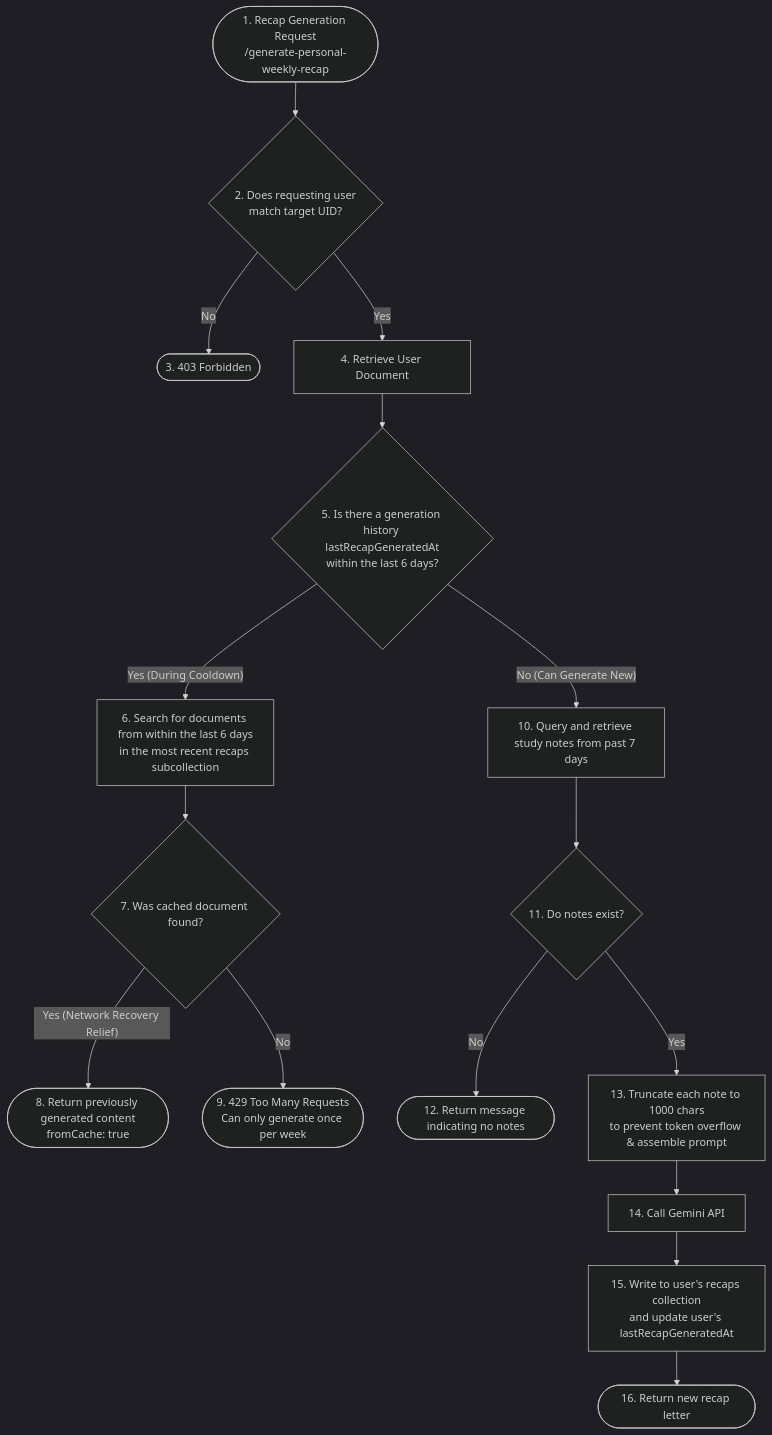
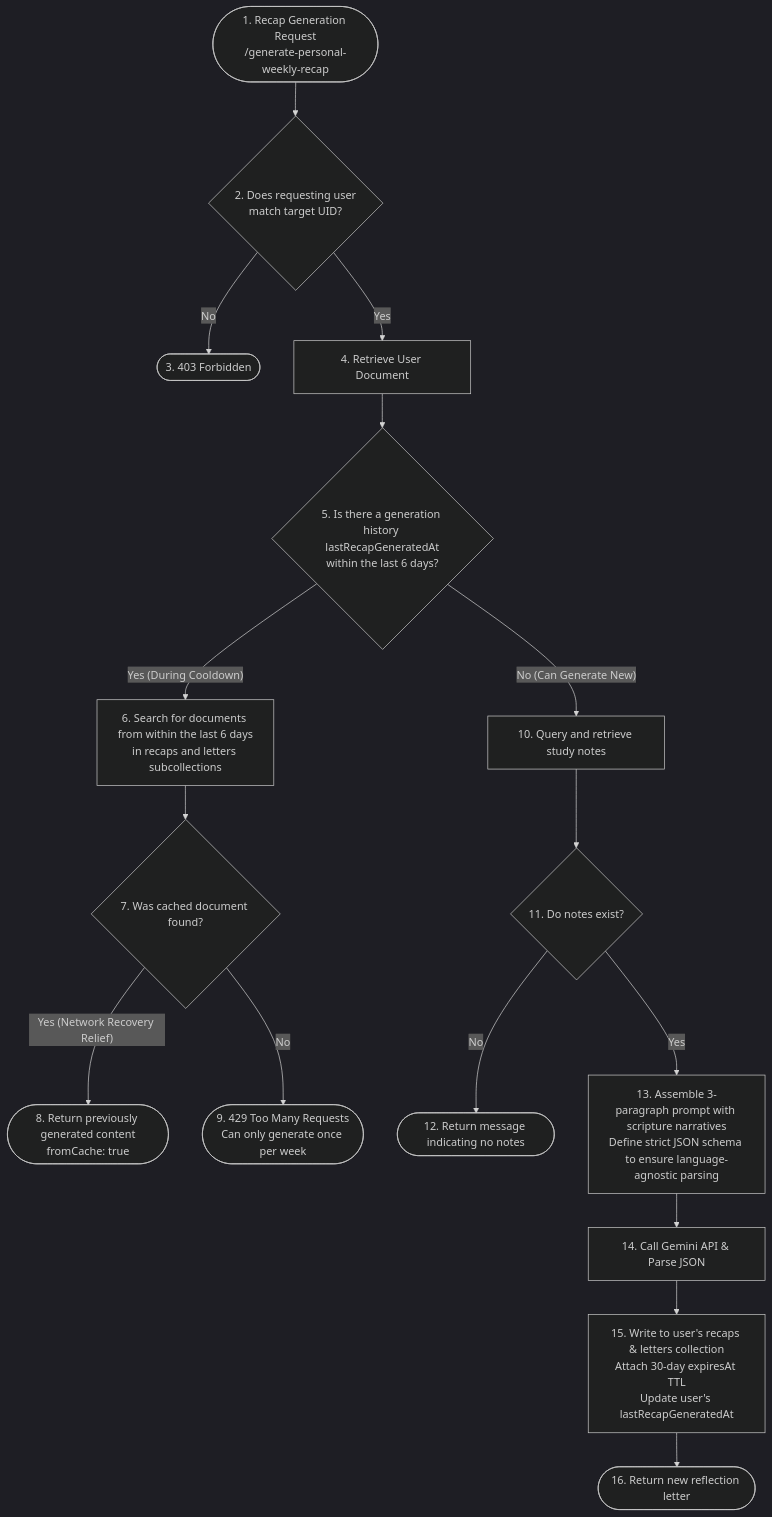
One commit to ScriptureHabit/scripture-habit changed the second of 2 diagrams in docs/details/ai-integration.md. Above: the diagram before and after it, drawn with Mermaid (dark theme). The commit also changed other lines of this file and 5 other files, not shown here.

Commit message:
docs: update README and architecture docs with reflection letters, storytelling, and TTL

````diff
--- a/docs/details/ai-integration.md
+++ b/docs/details/ai-integration.md
@@ -105,27 +105,27 @@
 ```mermaid
 flowchart TD
     Start(["1. Recap Generation Request<br/>/generate-personal-weekly-recap"]) --> CheckUser{"2. Does requesting user<br/>match target UID?"}
     CheckUser -- No --> Forbidden([3. 403 Forbidden])
     
     CheckUser -- Yes --> ReadUser[4. Retrieve User Document]
     ReadUser --> HasCooldown{"5. Is there a generation history lastRecapGeneratedAt<br/>within the last 6 days?"}
 
-    %% 6日間のクールダウン判定
-    HasCooldown -- "Yes (During Cooldown)" --> SearchSubCollection[6. Search for documents from within the last 6 days<br/>in the most recent recaps subcollection]
+    %% 6-day cooldown check
+    HasCooldown -- "Yes (During Cooldown)" --> SearchSubCollection[6. Search for documents from within the last 6 days<br/>in recaps and letters subcollections]
     SearchSubCollection --> FoundCache{"7. Was cached document found?"}
     
     FoundCache -- "Yes (Network Recovery Relief)" --> ReturnCache(["8. Return previously generated content<br/>fromCache: true"])
     FoundCache -- No --> Error429(["9. 429 Too Many Requests<br/>Can only generate once per week"])
 
-    %% 新規生成フェーズ
-    HasCooldown -- "No (Can Generate New)" --> QueryNotes[10. Query and retrieve study notes from past 7 days]
+    %% New generation phase
+    HasCooldown -- "No (Can Generate New)" --> QueryNotes[10. Query and retrieve study notes]
     QueryNotes --> HasNotes{"11. Do notes exist?"}
     
     HasNotes -- No --> ReturnEmpty(["12. Return message indicating no notes"])
     
-    HasNotes -- Yes --> FormatPrompt["13. Truncate each note to 1000 chars<br/>to prevent token overflow & assemble prompt"]
+    HasNotes -- Yes --> FormatPrompt["13. Assemble 3-paragraph prompt with scripture narratives<br/>Define strict JSON schema to ensure language-agnostic parsing"]
     
-    FormatPrompt --> CallGemini[14. Call Gemini API]
-    CallGemini --> SaveDB[15. Write to user's recaps collection<br/>and update user's lastRecapGeneratedAt]
-    SaveDB --> ReturnNew([16. Return new recap letter])
+    FormatPrompt --> CallGemini[14. Call Gemini API & Parse JSON]
+    CallGemini --> SaveDB[15. Write to user's recaps & letters collection<br/>Attach 30-day expiresAt TTL<br/>Update user's lastRecapGeneratedAt]
+    SaveDB --> ReturnNew([16. Return new reflection letter])
 ```
````
